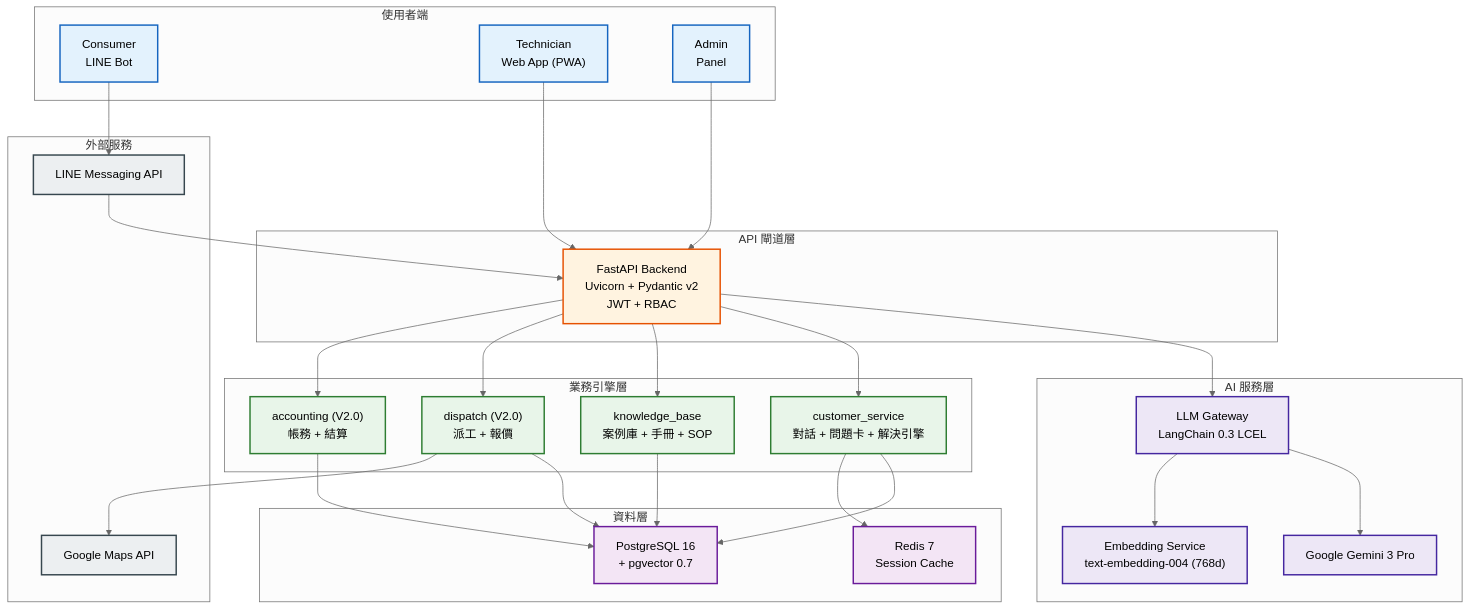
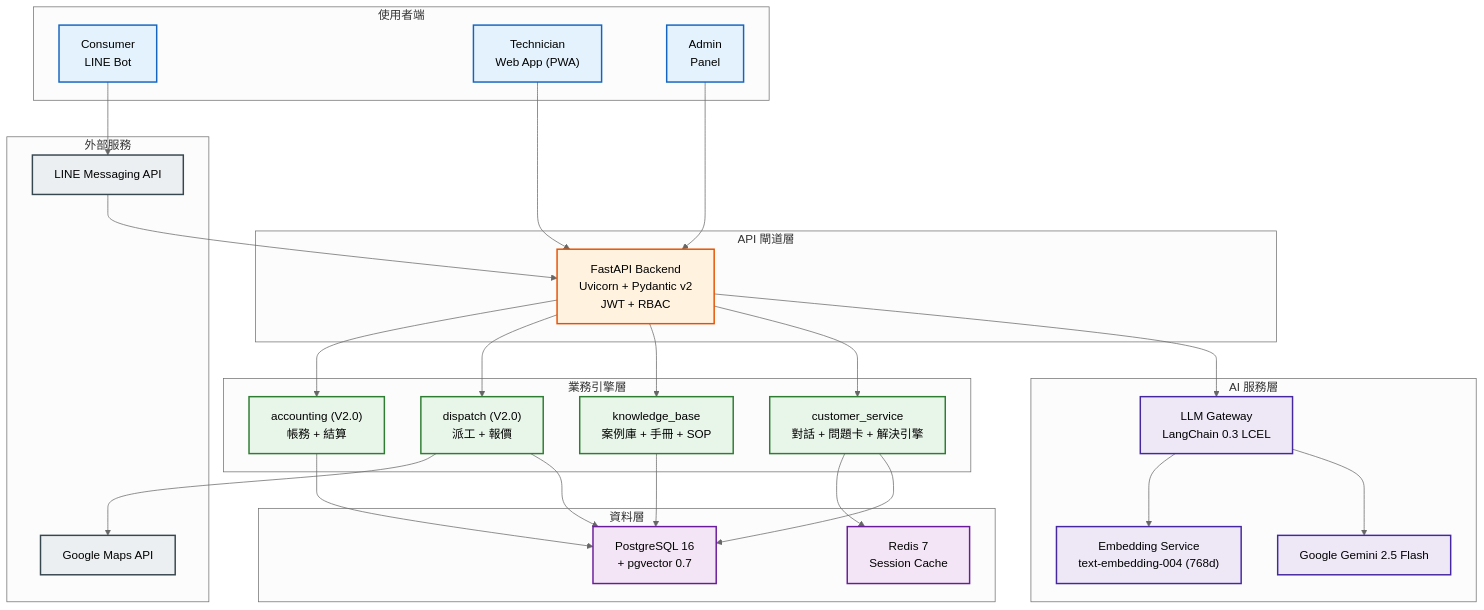
The first of 8 diagrams in docs/system_design/04_module_breakdown.md (sunnyDataScience/Smart-Lock_AI_Support_Service_Dispatch_SaaS_Platform), drawn with Mermaid (neutral theme) before and after one commit. The commit also changed other lines of this file and 13 other files, not shown here.

First line of the commit message:
docs(system_design): align architecture consistency and close gap analysis items

````diff
--- a/docs/system_design/04_module_breakdown.md
+++ b/docs/system_design/04_module_breakdown.md
@@ -24,71 +24,71 @@
 ```mermaid
 graph TB
     subgraph "使用者端"
         C["Consumer<br/>LINE Bot"]
         T["Technician<br/>Web App (PWA)"]
         A["Admin<br/>Panel"]
     end
 
     subgraph "API 閘道層"
         GW["FastAPI Backend<br/>Uvicorn + Pydantic v2<br/>JWT + RBAC"]
     end
 
     subgraph "AI 服務層"
         LLM["LLM Gateway<br/>LangChain 0.3 LCEL"]
-        GEMINI["Google Gemini 3 Pro"]
+        GEMINI["Google Gemini 2.5 Flash"]
         EMB["Embedding Service<br/>text-embedding-004 (768d)"]
     end
 
     subgraph "業務引擎層"
         CS["customer_service<br/>對話 + 問題卡 + 解決引擎"]
         KB["knowledge_base<br/>案例庫 + 手冊 + SOP"]
         DSP_BIZ["dispatch (V2.0)<br/>派工 + 報價"]
         ACC_BIZ["accounting (V2.0)<br/>帳務 + 結算"]
     end
 
     subgraph "資料層"
         PG["PostgreSQL 16<br/>+ pgvector 0.7"]
         REDIS["Redis 7<br/>Session Cache"]
     end
 
     subgraph "外部服務"
         LINE_API["LINE Messaging API"]
         MAPS["Google Maps API"]
     end
 
     C --> LINE_API
     LINE_API --> GW
     T --> GW
     A --> GW
 
     GW --> LLM
     GW --> CS
     GW --> KB
     GW --> DSP_BIZ
     GW --> ACC_BIZ
 
     LLM --> GEMINI
     LLM --> EMB
 
     CS --> PG
     CS --> REDIS
     KB --> PG
     DSP_BIZ --> PG
     ACC_BIZ --> PG
 
     DSP_BIZ --> MAPS
 
     classDef user fill:#E3F2FD,stroke:#1565C0,stroke-width:2px
     classDef api fill:#FFF3E0,stroke:#E65100,stroke-width:2px
     classDef ai fill:#EDE7F6,stroke:#4527A0,stroke-width:2px
     classDef biz fill:#E8F5E9,stroke:#2E7D32,stroke-width:2px
     classDef data fill:#F3E5F5,stroke:#6A1B9A,stroke-width:2px
     classDef ext fill:#ECEFF1,stroke:#37474F,stroke-width:2px
 
     class C,T,A user
     class GW api
     class LLM,GEMINI,EMB ai
     class CS,KB,DSP_BIZ,ACC_BIZ biz
     class PG,REDIS data
     class LINE_API,MAPS ext
 ```
````
